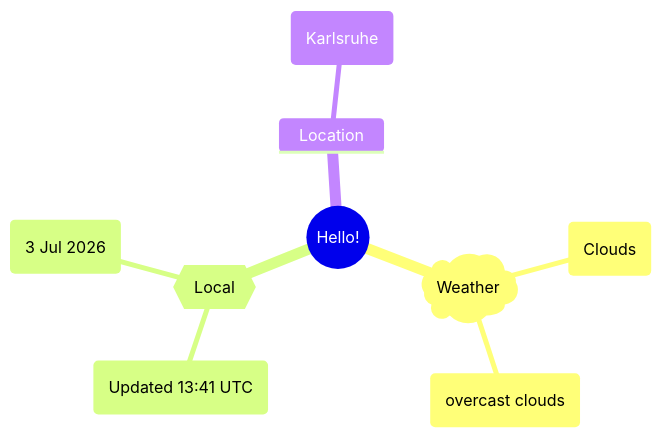
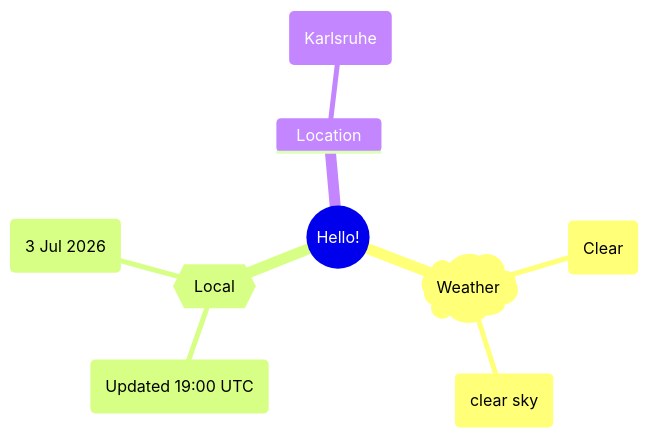
The first of 2 diagrams in README.md (Xosrov/Xosrov), drawn with Mermaid before and after one commit.

Commit message:
[bot] updated images

````diff
--- a/README.md
+++ b/README.md
@@ -3,12 +3,12 @@
 ```mermaid
 mindmap
   root((Hello!))
     )Weather(
-        (Clouds)
-        (overcast clouds)
+        (Clear)
+        (clear sky)
     {{Local}}
-        (Updated 13:41 UTC)
+        (Updated 19:00 UTC)
         (3 Jul 2026)
     Location
         (Karlsruhe)
 ```
````
